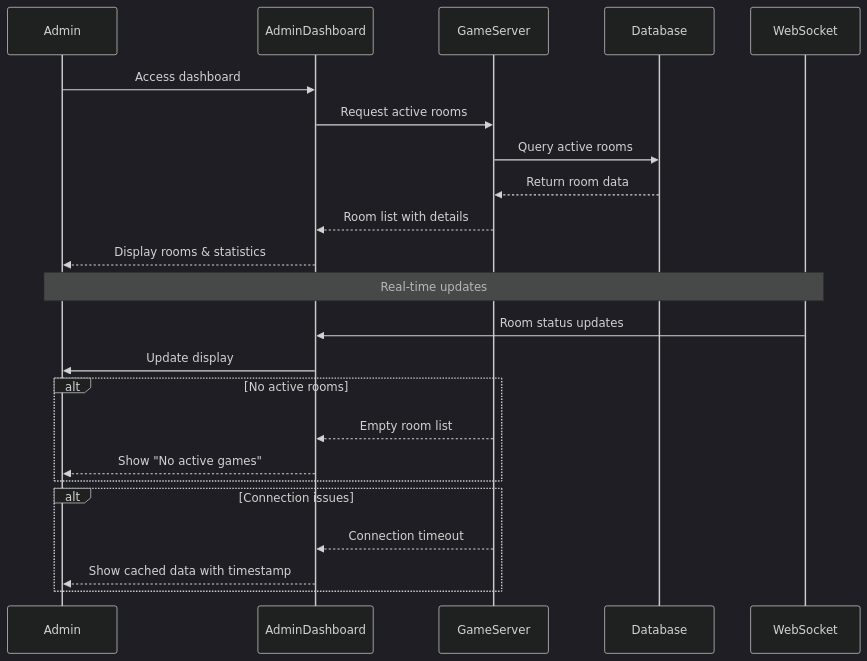
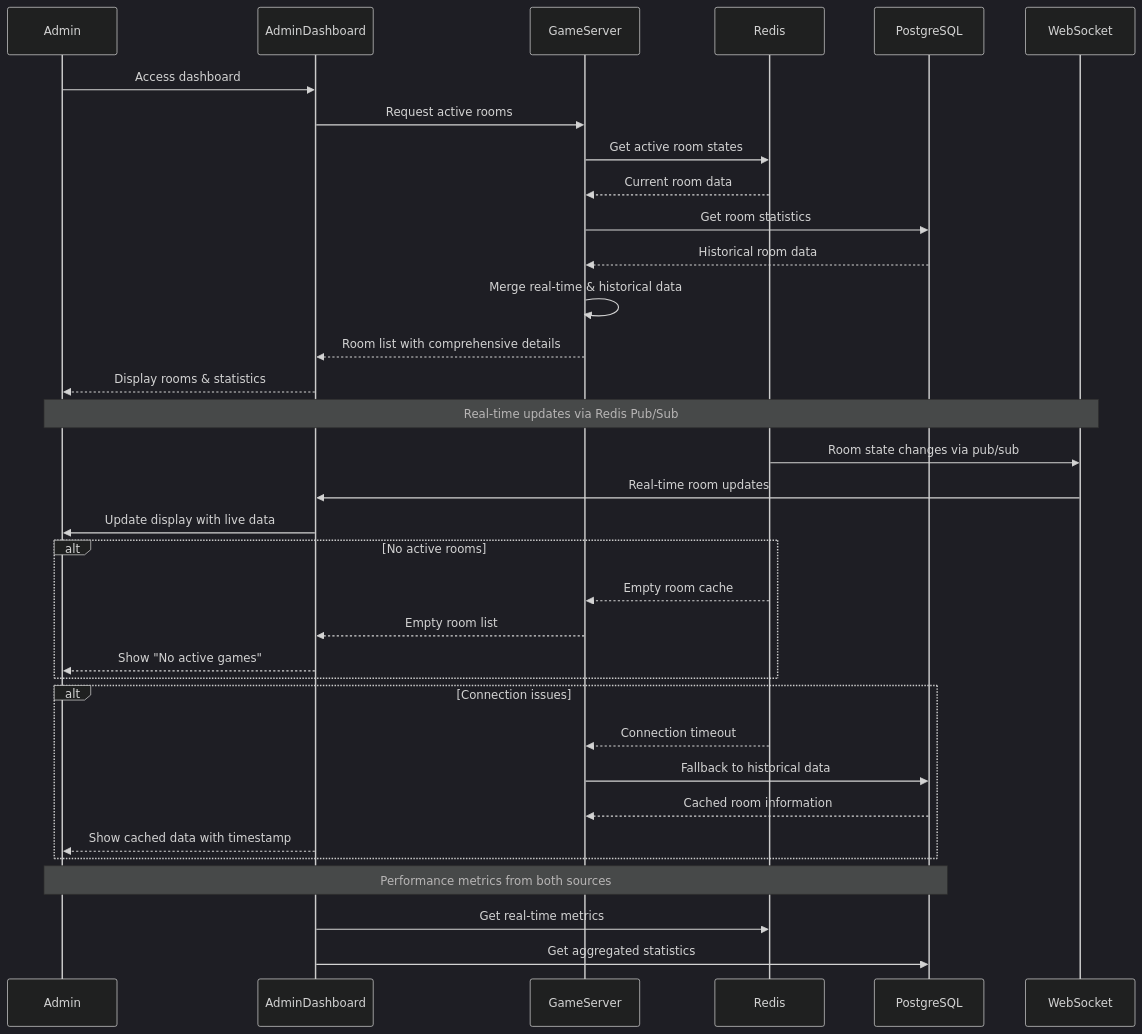
The diagram in docs/sequence-diagrams/admin/uc-a001-monitor-game-rooms.md (alexmakeev/bomberman), drawn with Mermaid (dark theme) before and after one commit. The commit also changed 25 other files, not shown here.

First line of the commit message:
Implement unified event system architecture for maximum code reuse

````diff
--- a/docs/sequence-diagrams/admin/uc-a001-monitor-game-rooms.md
+++ b/docs/sequence-diagrams/admin/uc-a001-monitor-game-rooms.md
@@ -3,29 +3,41 @@
 ```mermaid
 sequenceDiagram
     participant Admin
     participant AdminDashboard
     participant GameServer
-    participant Database
+    participant Redis
+    participant PostgreSQL
     participant WebSocket
 
     Admin->>AdminDashboard: Access dashboard
     AdminDashboard->>GameServer: Request active rooms
-    GameServer->>Database: Query active rooms
-    Database-->>GameServer: Return room data
-    GameServer-->>AdminDashboard: Room list with details
+    GameServer->>Redis: Get active room states
+    Redis-->>GameServer: Current room data
+    GameServer->>PostgreSQL: Get room statistics
+    PostgreSQL-->>GameServer: Historical room data
+    GameServer->>GameServer: Merge real-time & historical data
+    GameServer-->>AdminDashboard: Room list with comprehensive details
     AdminDashboard-->>Admin: Display rooms & statistics
 
-    Note over Admin,WebSocket: Real-time updates
-    WebSocket->>AdminDashboard: Room status updates
-    AdminDashboard->>Admin: Update display
+    Note over Admin,WebSocket: Real-time updates via Redis Pub/Sub
+    Redis->>WebSocket: Room state changes via pub/sub
+    WebSocket->>AdminDashboard: Real-time room updates
+    AdminDashboard->>Admin: Update display with live data
 
     alt No active rooms
+        Redis-->>GameServer: Empty room cache
         GameServer-->>AdminDashboard: Empty room list
         AdminDashboard-->>Admin: Show "No active games"
     end
 
     alt Connection issues
-        GameServer-->>AdminDashboard: Connection timeout
+        Redis-->>GameServer: Connection timeout
+        GameServer->>PostgreSQL: Fallback to historical data
+        PostgreSQL-->>GameServer: Cached room information
         AdminDashboard-->>Admin: Show cached data with timestamp
     end
+
+    Note over Admin,PostgreSQL: Performance metrics from both sources
+    AdminDashboard->>Redis: Get real-time metrics
+    AdminDashboard->>PostgreSQL: Get aggregated statistics
 ```
````
